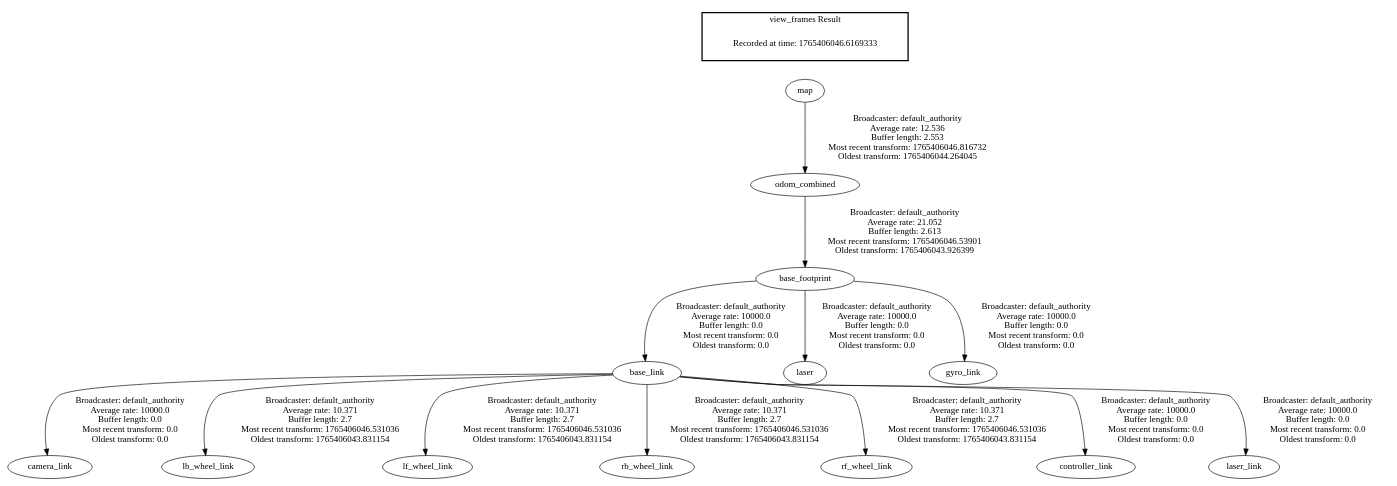
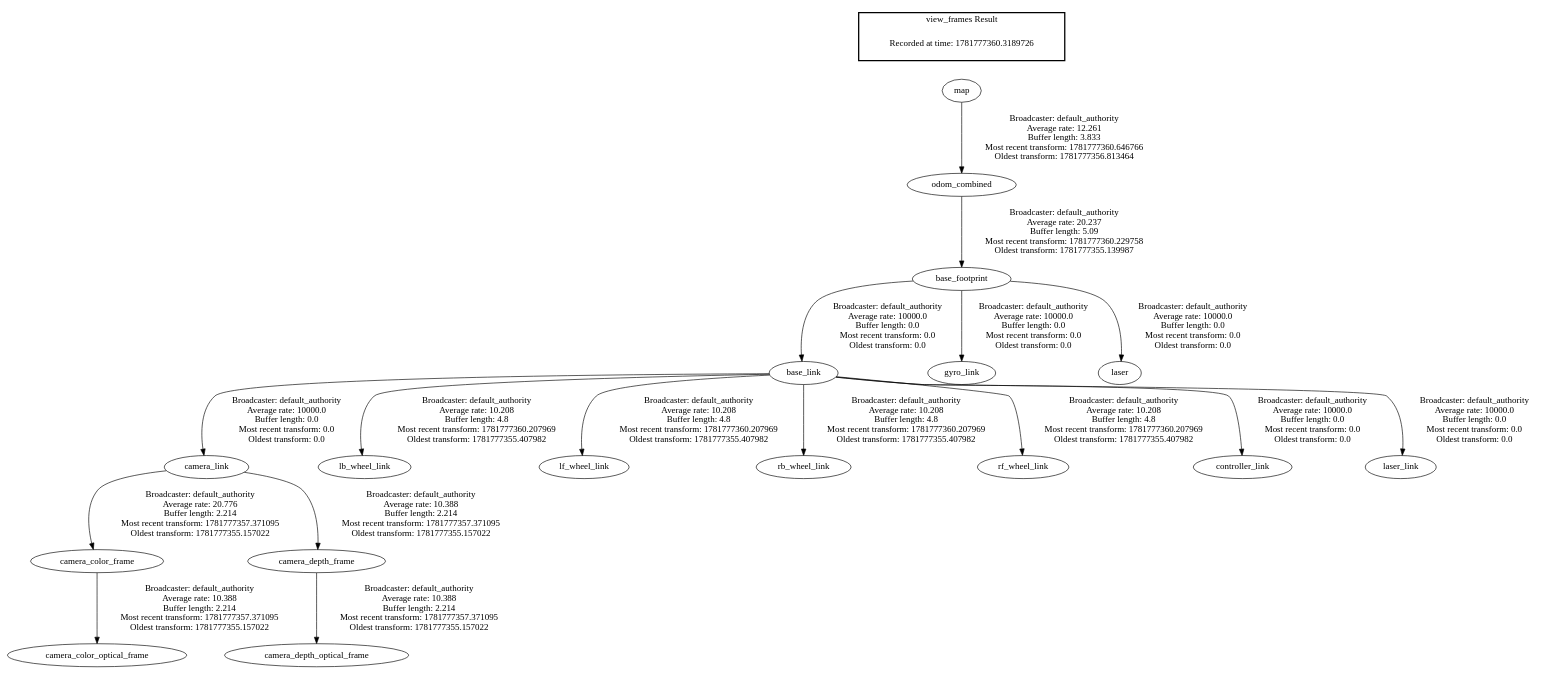
The diagram in frames.gv (ROBOT-GEEL/Robot2-MecabotX), drawn with Graphviz before and after one commit. The commit also changed 3 other files, not shown here.

```diff
--- a/frames.gv
+++ b/frames.gv
@@ -1,18 +1,22 @@
 digraph G {
+"odom_combined" -> "base_footprint"[label=" Broadcaster: default_authority\nAverage rate: 20.237\nBuffer length: 5.09\nMost recent transform: 1781777360.229758\nOldest transform: 1781777355.139987\n"];
+"map" -> "odom_combined"[label=" Broadcaster: default_authority\nAverage rate: 12.261\nBuffer length: 3.833\nMost recent transform: 1781777360.646766\nOldest transform: 1781777356.813464\n"];
+"base_footprint" -> "base_link"[label=" Broadcaster: default_authority\nAverage rate: 10000.0\nBuffer length: 0.0\nMost recent transform: 0.0\nOldest transform: 0.0\n"];
 "base_link" -> "camera_link"[label=" Broadcaster: default_authority\nAverage rate: 10000.0\nBuffer length: 0.0\nMost recent transform: 0.0\nOldest transform: 0.0\n"];
-"odom_combined" -> "base_footprint"[label=" Broadcaster: default_authority\nAverage rate: 21.052\nBuffer length: 2.613\nMost recent transform: 1765406046.53901\nOldest transform: 1765406043.926399\n"];
+"base_footprint" -> "gyro_link"[label=" Broadcaster: default_authority\nAverage rate: 10000.0\nBuffer length: 0.0\nMost recent transform: 0.0\nOldest transform: 0.0\n"];
 "base_footprint" -> "laser"[label=" Broadcaster: default_authority\nAverage rate: 10000.0\nBuffer length: 0.0\nMost recent transform: 0.0\nOldest transform: 0.0\n"];
-"base_link" -> "lb_wheel_link"[label=" Broadcaster: default_authority\nAverage rate: 10.371\nBuffer length: 2.7\nMost recent transform: 1765406046.531036\nOldest transform: 1765406043.831154\n"];
-"base_footprint" -> "base_link"[label=" Broadcaster: default_authority\nAverage rate: 10000.0\nBuffer length: 0.0\nMost recent transform: 0.0\nOldest transform: 0.0\n"];
-"base_link" -> "lf_wheel_link"[label=" Broadcaster: default_authority\nAverage rate: 10.371\nBuffer length: 2.7\nMost recent transform: 1765406046.531036\nOldest transform: 1765406043.831154\n"];
-"base_link" -> "rb_wheel_link"[label=" Broadcaster: default_authority\nAverage rate: 10.371\nBuffer length: 2.7\nMost recent transform: 1765406046.531036\nOldest transform: 1765406043.831154\n"];
-"base_link" -> "rf_wheel_link"[label=" Broadcaster: default_authority\nAverage rate: 10.371\nBuffer length: 2.7\nMost recent transform: 1765406046.531036\nOldest transform: 1765406043.831154\n"];
-"base_footprint" -> "gyro_link"[label=" Broadcaster: default_authority\nAverage rate: 10000.0\nBuffer length: 0.0\nMost recent transform: 0.0\nOldest transform: 0.0\n"];
+"camera_link" -> "camera_color_frame"[label=" Broadcaster: default_authority\nAverage rate: 20.776\nBuffer length: 2.214\nMost recent transform: 1781777357.371095\nOldest transform: 1781777355.157022\n"];
+"camera_link" -> "camera_depth_frame"[label=" Broadcaster: default_authority\nAverage rate: 10.388\nBuffer length: 2.214\nMost recent transform: 1781777357.371095\nOldest transform: 1781777355.157022\n"];
+"camera_color_frame" -> "camera_color_optical_frame"[label=" Broadcaster: default_authority\nAverage rate: 10.388\nBuffer length: 2.214\nMost recent transform: 1781777357.371095\nOldest transform: 1781777355.157022\n"];
+"camera_depth_frame" -> "camera_depth_optical_frame"[label=" Broadcaster: default_authority\nAverage rate: 10.388\nBuffer length: 2.214\nMost recent transform: 1781777357.371095\nOldest transform: 1781777355.157022\n"];
+"base_link" -> "lb_wheel_link"[label=" Broadcaster: default_authority\nAverage rate: 10.208\nBuffer length: 4.8\nMost recent transform: 1781777360.207969\nOldest transform: 1781777355.407982\n"];
+"base_link" -> "lf_wheel_link"[label=" Broadcaster: default_authority\nAverage rate: 10.208\nBuffer length: 4.8\nMost recent transform: 1781777360.207969\nOldest transform: 1781777355.407982\n"];
+"base_link" -> "rb_wheel_link"[label=" Broadcaster: default_authority\nAverage rate: 10.208\nBuffer length: 4.8\nMost recent transform: 1781777360.207969\nOldest transform: 1781777355.407982\n"];
+"base_link" -> "rf_wheel_link"[label=" Broadcaster: default_authority\nAverage rate: 10.208\nBuffer length: 4.8\nMost recent transform: 1781777360.207969\nOldest transform: 1781777355.407982\n"];
 "base_link" -> "controller_link"[label=" Broadcaster: default_authority\nAverage rate: 10000.0\nBuffer length: 0.0\nMost recent transform: 0.0\nOldest transform: 0.0\n"];
 "base_link" -> "laser_link"[label=" Broadcaster: default_authority\nAverage rate: 10000.0\nBuffer length: 0.0\nMost recent transform: 0.0\nOldest transform: 0.0\n"];
-"map" -> "odom_combined"[label=" Broadcaster: default_authority\nAverage rate: 12.536\nBuffer length: 2.553\nMost recent transform: 1765406046.816732\nOldest transform: 1765406044.264045\n"];
 edge [style=invis];
  subgraph cluster_legend { style=bold; color=black; label ="view_frames Result";
-"Recorded at time: 1765406046.6169333"[ shape=plaintext ] ;
+"Recorded at time: 1781777360.3189726"[ shape=plaintext ] ;
 }->"map";
 }
```
